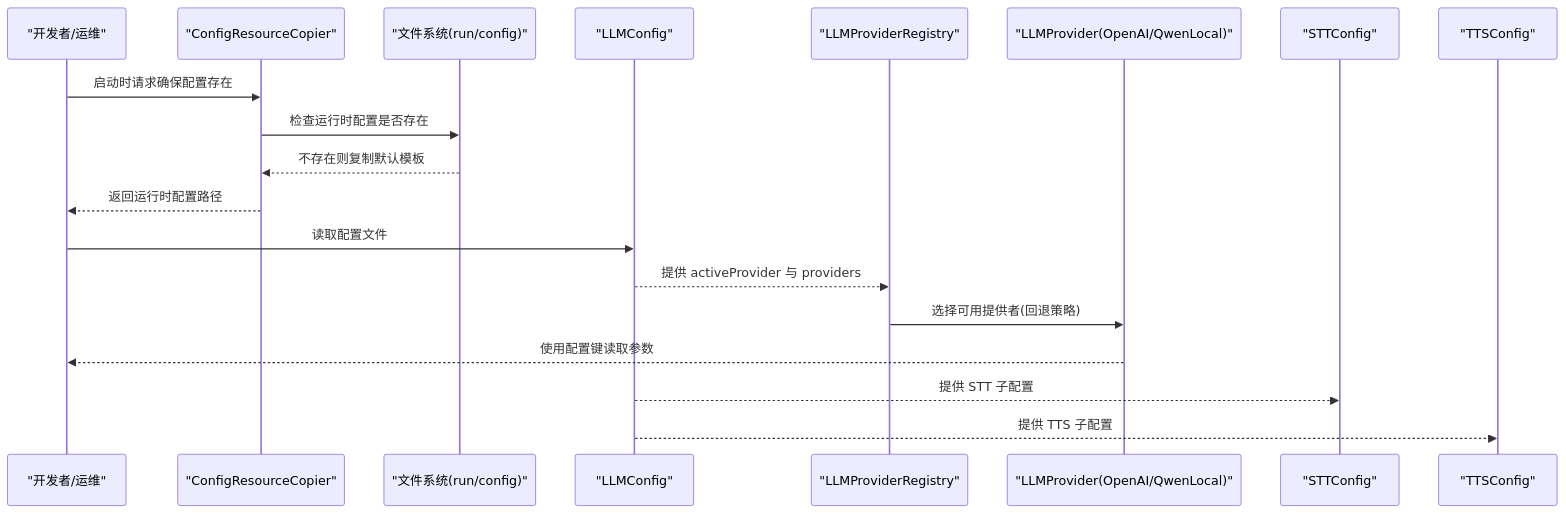
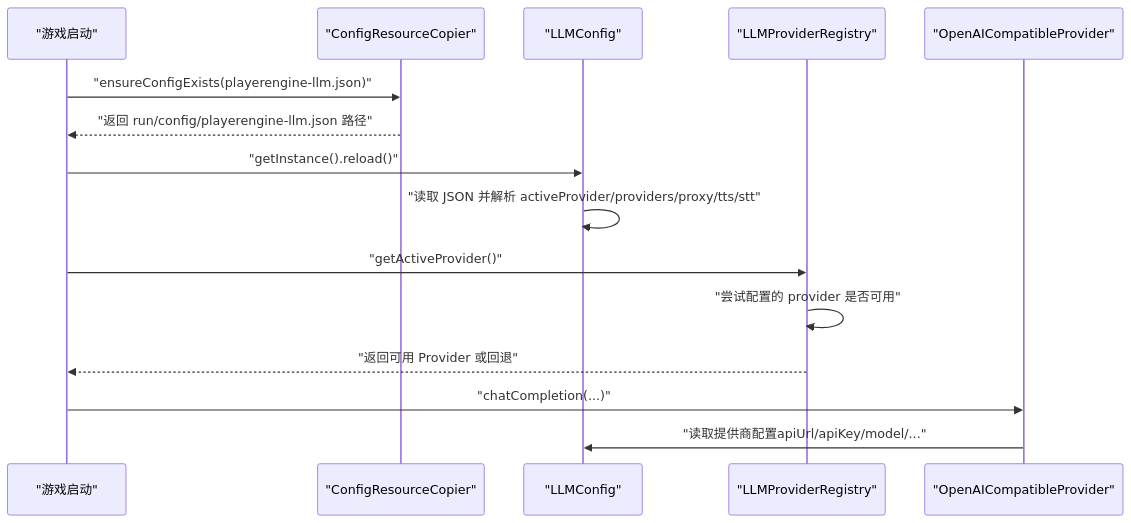
The third of 4 diagrams in .qoder/repowiki/zh/content/配置管理/配置管理.md (wjartpix/minecraft_ai_play2npc), drawn with Mermaid before and after one commit. The commit also changed other lines of this file and 188 other files, not shown here.

````diff
--- a/.qoder/repowiki/zh/content/配置管理/配置管理.md
+++ b/.qoder/repowiki/zh/content/配置管理/配置管理.md
@@ -145,21 +206,17 @@
 ```mermaid
 sequenceDiagram
-participant Dev as "开发者/运维"
-participant CRC as "ConfigResourceCopier"
-participant FS as "文件系统(run/config)"
-participant LCFG as "LLMConfig"
-participant REG as "LLMProviderRegistry"
-participant Prov as "LLMProvider(OpenAI/QwenLocal)"
-participant STT as "STTConfig"
-participant TTS as "TTSConfig"
-Dev->>CRC : 启动时请求确保配置存在
-CRC->>FS : 检查运行时配置是否存在
-FS-->>CRC : 不存在则复制默认模板
-CRC-->>Dev : 返回运行时配置路径
-Dev->>LCFG : 读取配置文件
-LCFG-->>REG : 提供 activeProvider 与 providers
-REG->>Prov : 选择可用提供者(回退策略)
-Prov-->>Dev : 使用配置键读取参数
-LCFG-->>STT : 提供 STT 子配置
-LCFG-->>TTS : 提供 TTS 子配置
+participant Game as "游戏启动"
+participant Copier as "ConfigResourceCopier"
+participant LLM as "LLMConfig"
+participant Reg as "LLMProviderRegistry"
+participant Prov as "OpenAICompatibleProvider"
+Game->>Copier : "ensureConfigExists(playerengine-llm.json)"
+Copier-->>Game : "返回 run/config/playerengine-llm.json 路径"
+Game->>LLM : "getInstance().reload()"
+LLM->>LLM : "读取 JSON 并解析 activeProvider/providers/proxy/tts/stt"
+Game->>Reg : "getActiveProvider()"
+Reg->>Reg : "尝试配置的 provider 是否可用"
+Reg-->>Game : "返回可用 Provider 或回退"
+Game->>Prov : "chatCompletion(...)"
+Prov->>LLM : "读取提供商配置apiUrl/apiKey/model/..."
 ```
````
